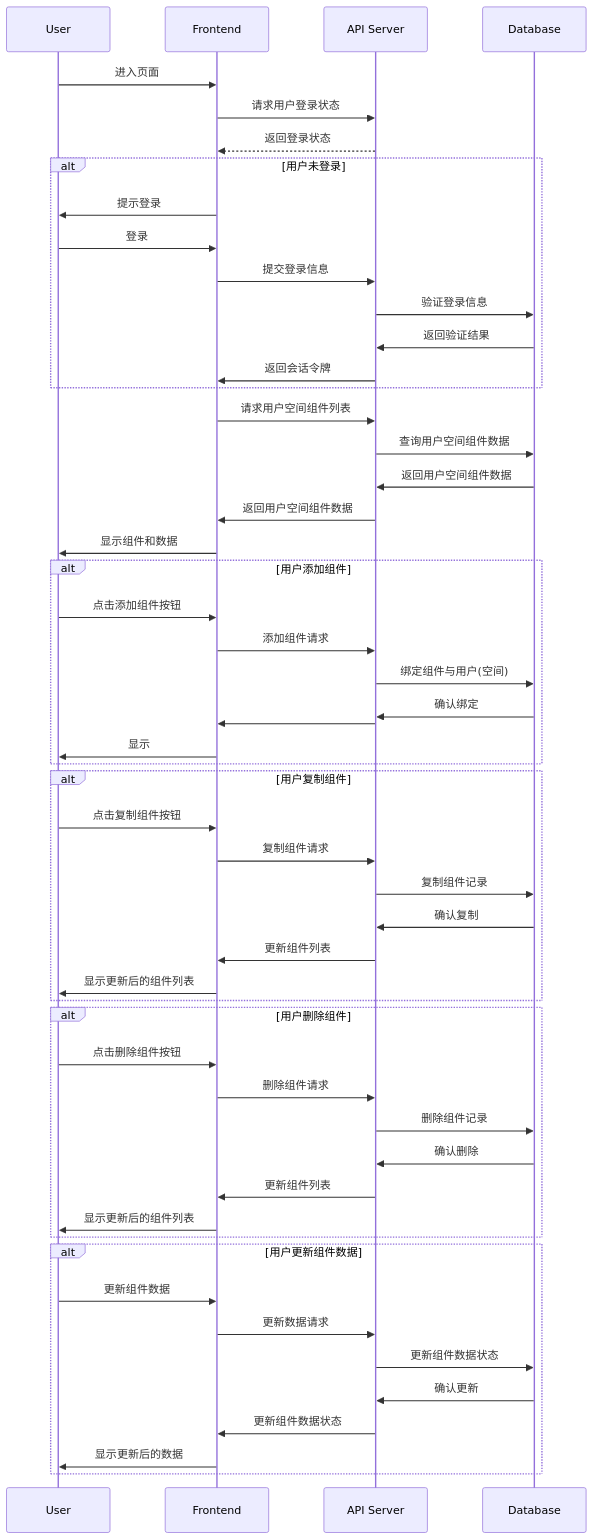
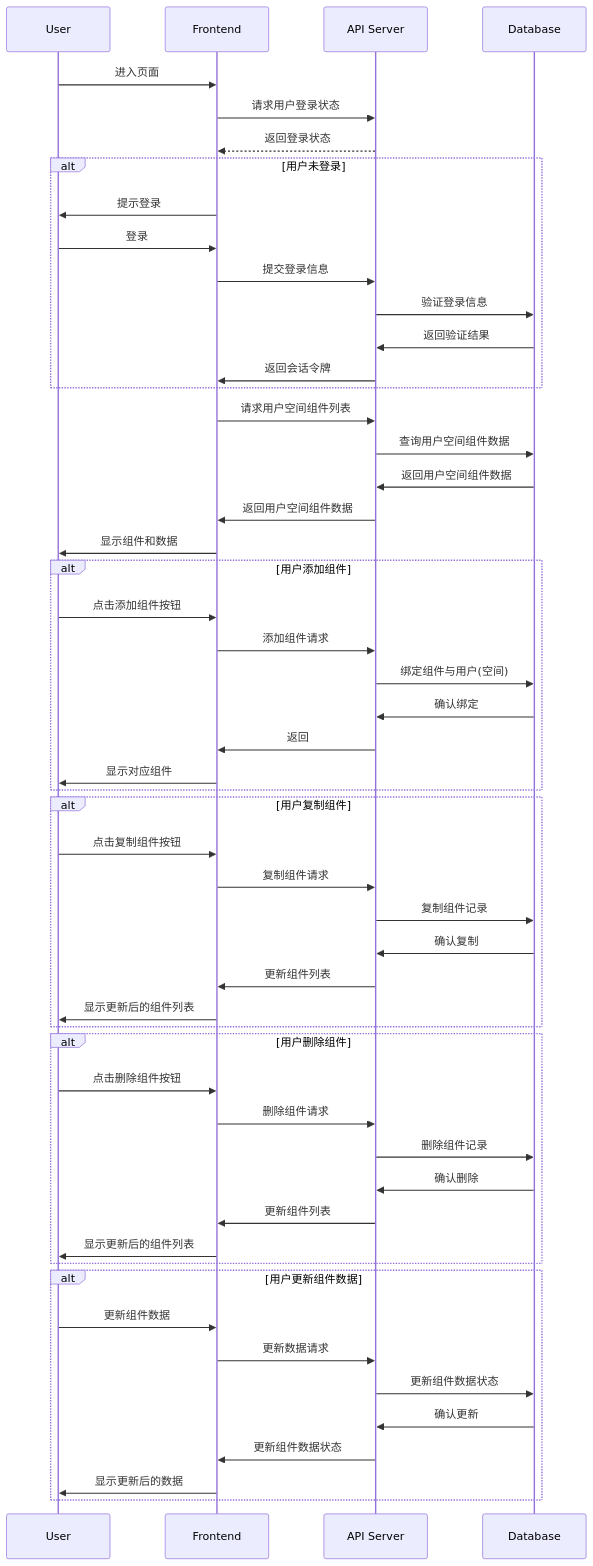
The diagram in all/未命名-7.md (yingjianzh/iodraw-files), drawn with Mermaid before and after one commit.

Commit message:
2024-10-09 10:22:59 update

````diff
--- a/all/未命名-7.md
+++ b/all/未命名-7.md
@@ -1,62 +1,62 @@
 ```mermaid
 sequenceDiagram
     participant User
     participant Frontend
     participant API Server
     participant Database
 
     User->>Frontend: 进入页面
     Frontend->>API Server: 请求用户登录状态
     API Server-->>Frontend: 返回登录状态
     alt 用户未登录
         Frontend->>User: 提示登录
         User->>Frontend: 登录
         Frontend->>API Server: 提交登录信息
         API Server->>Database: 验证登录信息
         Database->>API Server: 返回验证结果
         API Server->>Frontend: 返回会话令牌
     end
 
     Frontend->>API Server: 请求用户空间组件列表
     API Server->>Database: 查询用户空间组件数据
     Database->>API Server: 返回用户空间组件数据
     API Server->>Frontend: 返回用户空间组件数据
     Frontend->>User: 显示组件和数据
 
     alt 用户添加组件
         User->>Frontend: 点击添加组件按钮
         Frontend->>API Server: 添加组件请求
         API Server->>Database: 绑定组件与用户(空间)
         Database->>API Server: 确认绑定
-        API Server->>Frontend: 
-        Frontend->>User: 显示
+        API Server->>Frontend: 返回
+        Frontend->>User: 显示对应组件
     end
 
     alt 用户复制组件
         User->>Frontend: 点击复制组件按钮
         Frontend->>API Server: 复制组件请求
         API Server->>Database: 复制组件记录
         Database->>API Server: 确认复制
         API Server->>Frontend: 更新组件列表
         Frontend->>User: 显示更新后的组件列表
     end
 
     alt 用户删除组件
         User->>Frontend: 点击删除组件按钮
         Frontend->>API Server: 删除组件请求
         API Server->>Database: 删除组件记录
         Database->>API Server: 确认删除
         API Server->>Frontend: 更新组件列表
         Frontend->>User: 显示更新后的组件列表
     end
 
     alt 用户更新组件数据
         User->>Frontend: 更新组件数据
         Frontend->>API Server: 更新数据请求
         API Server->>Database: 更新组件数据状态
         Database->>API Server: 确认更新
         API Server->>Frontend: 更新组件数据状态
         Frontend->>User: 显示更新后的数据
     end
 
 ```
````
